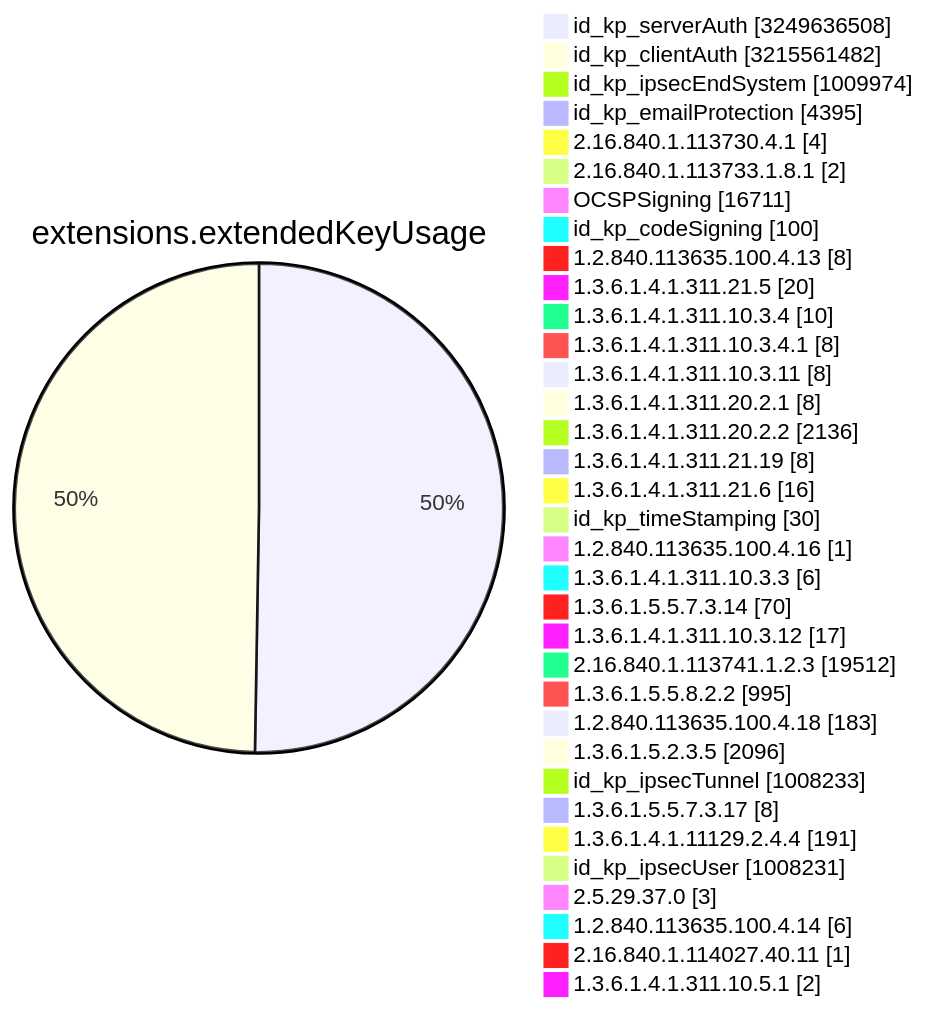
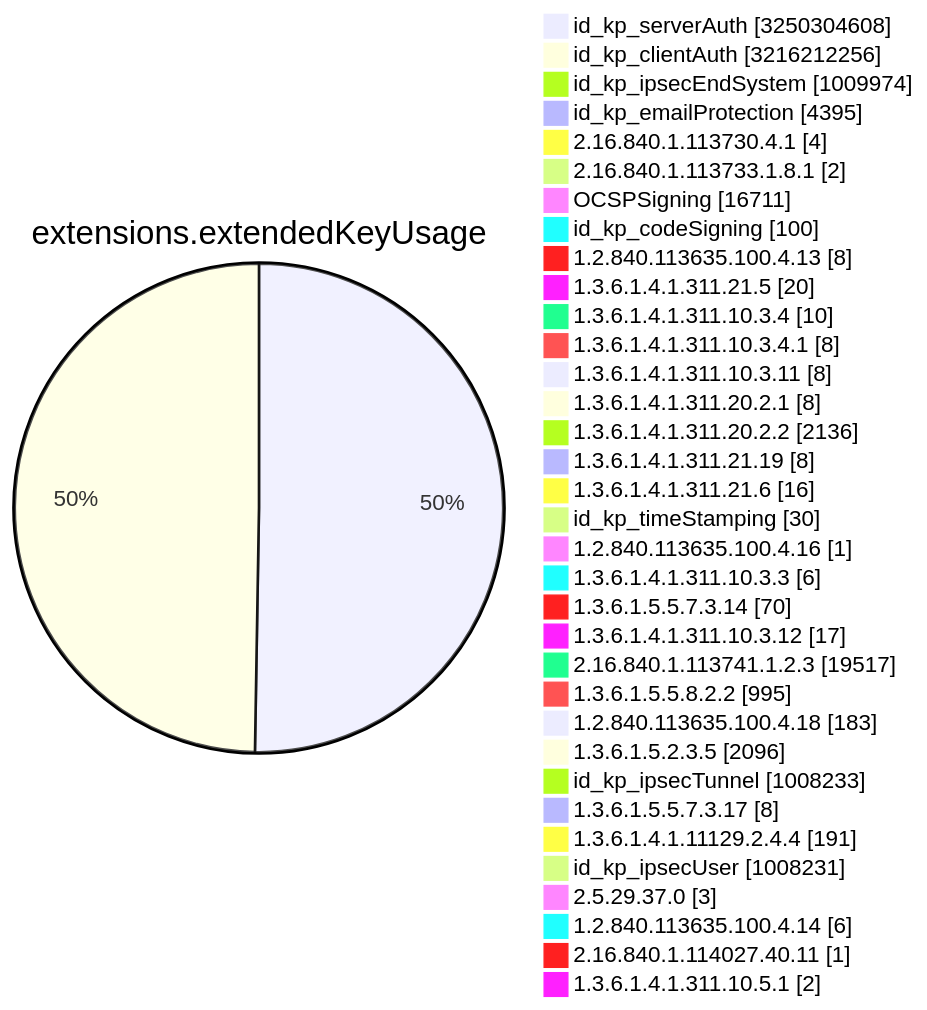
Before and after one commit to christiankrug/ctmonitor_visualization: diagram 11 of 15 in TOTAL/README.md, drawn with Mermaid. The commit also changed other lines of this file, not shown here.

````diff
--- a/TOTAL/README.md
+++ b/TOTAL/README.md
@@ -4119,38 +4119,38 @@
 ```mermaid
 pie showData
 title extensions.extendedKeyUsage
-"id_kp_serverAuth" :3249636508
-"id_kp_clientAuth" :3215561482
+"id_kp_serverAuth" :3250304608
+"id_kp_clientAuth" :3216212256
 "id_kp_ipsecEndSystem" :1009974
 "id_kp_emailProtection" :4395
 "2.16.840.1.113730.4.1" :4
 "2.16.840.1.113733.1.8.1" :2
 "OCSPSigning" :16711
 "id_kp_codeSigning" :100
 "1.2.840.113635.100.4.13" :8
 "1.3.6.1.4.1.311.21.5" :20
 "1.3.6.1.4.1.311.10.3.4" :10
 "1.3.6.1.4.1.311.10.3.4.1" :8
 "1.3.6.1.4.1.311.10.3.11" :8
 "1.3.6.1.4.1.311.20.2.1" :8
 "1.3.6.1.4.1.311.20.2.2" :2136
 "1.3.6.1.4.1.311.21.19" :8
 "1.3.6.1.4.1.311.21.6" :16
 "id_kp_timeStamping" :30
 "1.2.840.113635.100.4.16" :1
 "1.3.6.1.4.1.311.10.3.3" :6
 "1.3.6.1.5.5.7.3.14" :70
 "1.3.6.1.4.1.311.10.3.12" :17
-"2.16.840.1.113741.1.2.3" :19512
+"2.16.840.1.113741.1.2.3" :19517
 "1.3.6.1.5.5.8.2.2" :995
 "1.2.840.113635.100.4.18" :183
 "1.3.6.1.5.2.3.5" :2096
 "id_kp_ipsecTunnel" :1008233
 "1.3.6.1.5.5.7.3.17" :8
 "1.3.6.1.4.1.11129.2.4.4" :191
 "id_kp_ipsecUser" :1008231
 "2.5.29.37.0" :3
 "1.2.840.113635.100.4.14" :6
 "2.16.840.1.114027.40.11" :1
 "1.3.6.1.4.1.311.10.5.1" :2
 ```
````
